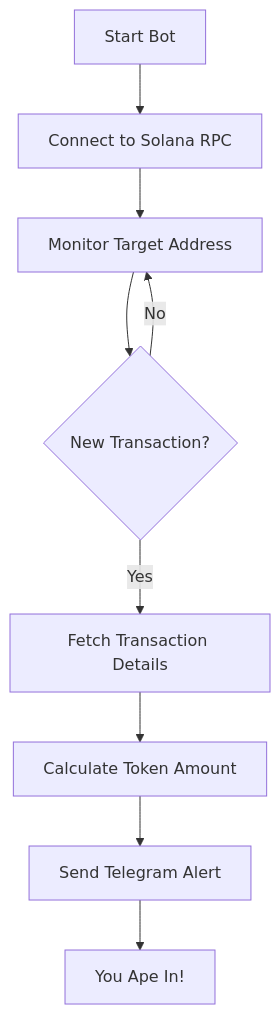
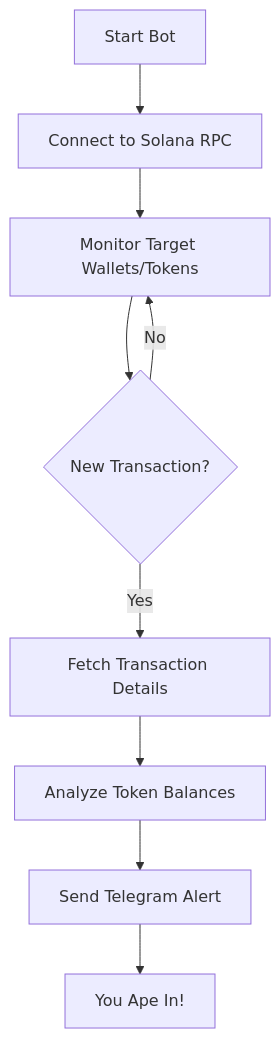
One commit to prestonzen/Token-Action-Telegram-Bot changed the diagram in README.md. Above: the diagram before and after it, drawn with Mermaid. The commit also changed other lines of this file and 4 other files, not shown here.

````diff
--- a/README.md
+++ b/README.md
@@ -14,11 +19,11 @@
 ```mermaid
 graph TD
     A[Start Bot] --> B[Connect to Solana RPC]
-    B --> C[Monitor Target Address]
+    B --> C[Monitor Target Wallets/Tokens]
     C --> D{New Transaction?}
     D -- Yes --> E[Fetch Transaction Details]
-    E --> F[Calculate Token Amount]
+    E --> F[Analyze Token Balances]
     F --> G[Send Telegram Alert]
     G --> H[You Ape In!]
     D -- No --> C
 ```
````
